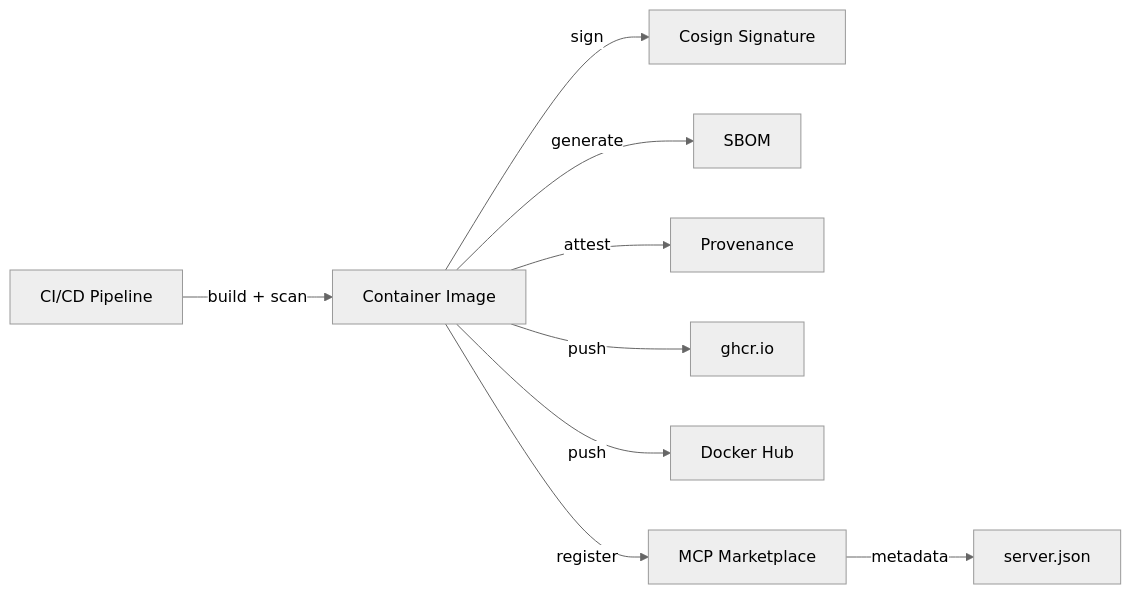
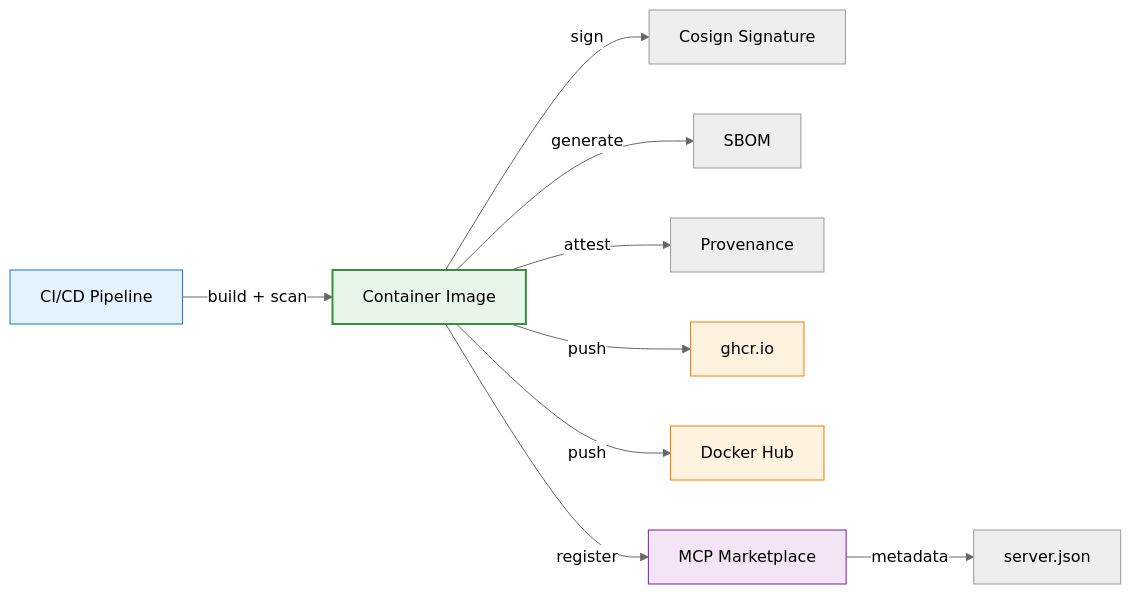
The eighth of 12 diagrams in docs/IEEE-42010/AD.md (markbsigler/MCP_Architecture), drawn with Mermaid (neutral theme) before and after one commit. The commit also changed other lines of this file and 4 other files, not shown here.

First line of the commit message:
Phase 2: Enhance diagram quality and establish standards

````diff
--- a/docs/IEEE-42010/AD.md
+++ b/docs/IEEE-42010/AD.md
@@ -626,11 +637,17 @@
 ```mermaid
 flowchart LR
     CI[CI/CD Pipeline] -->|build + scan| IMG[Container Image]
     IMG -->|sign| SIGN[Cosign Signature]
     IMG -->|generate| SBOM[SBOM]
     IMG -->|attest| PROV[Provenance]
     IMG -->|push| GHCR[ghcr.io]
     IMG -->|push| DHB[Docker Hub]
     IMG -->|register| MARKET[MCP Marketplace]
     MARKET -->|metadata| SRVJSON[server.json]
+    
+    style CI fill:#e3f2fd,stroke:#1976d2
+    style IMG fill:#e8f5e9,stroke:#388e3c,stroke-width:2px
+    style GHCR fill:#fff3e0,stroke:#f57c00
+    style DHB fill:#fff3e0,stroke:#f57c00
+    style MARKET fill:#f3e5f5,stroke:#7b1fa2
 ```
````
